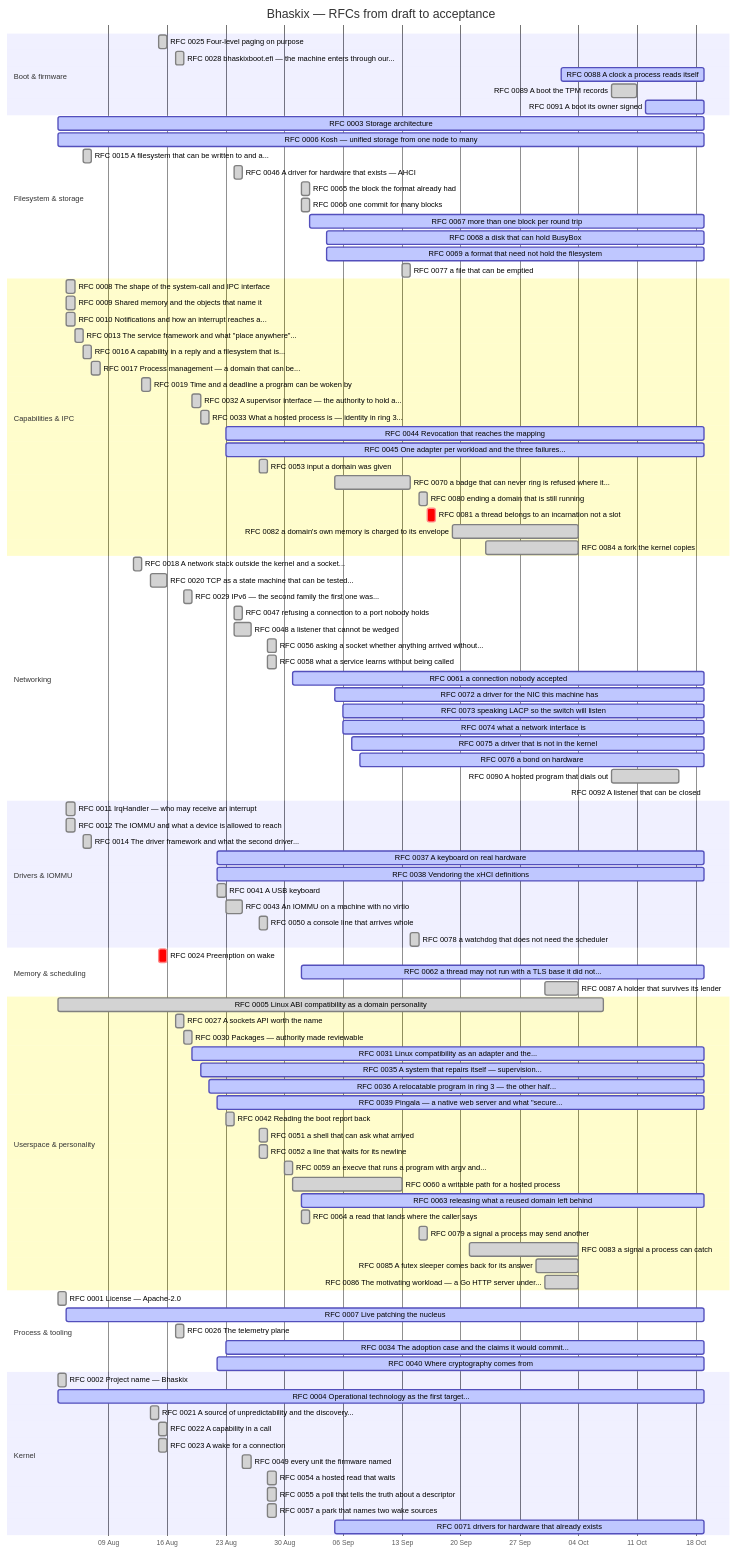
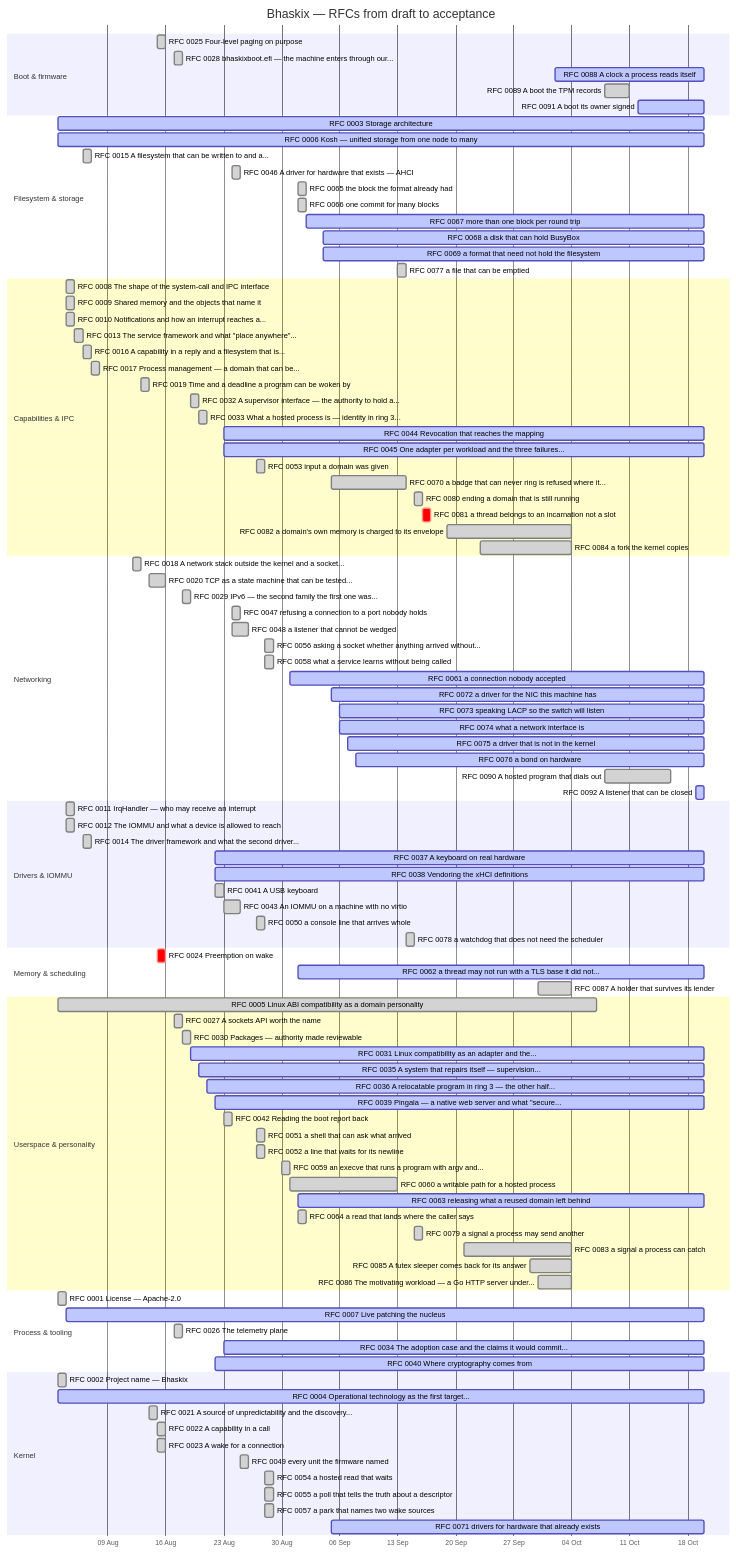
Before and after one commit to bhaskix/bhaskix: the diagram in docs/progress.md, drawn with Mermaid. The commit also changed other lines of this file and 2 other files, not shown here.

Commit message:
docs: the release workflow, rehearsed on GitHub
The tag v0.0.0-rehearsal on da71aee built a draft pre-release with
the ISO, the native loader, Go's licence and SHA256SUMS. Downloaded
into an empty directory, the sums checked, the ISO carried no BusyBox
and the Go server, the body's links all pointed at the tag, and the
downloaded ISO booted to the shell with nothing FAILED. The draft and
the tag were deleted the same hour; nothing was published.

````diff
--- a/docs/progress.md
+++ b/docs/progress.md
@@ -30,19 +30,19 @@
     section Boot & firmware
     RFC 0025 Four-level paging on purpose :done, r0025, 2026-08-15, 2026-08-16
     RFC 0028 bhaskixboot.efi — the machine enters through our... :done, r0028, 2026-08-17, 2026-08-18
-    RFC 0088 A clock a process reads itself :active, r0088, 2026-10-02, 2026-10-19
+    RFC 0088 A clock a process reads itself :active, r0088, 2026-10-02, 2026-10-20
     RFC 0089 A boot the TPM records :done, r0089, 2026-10-08, 2026-10-11
-    RFC 0091 A boot its owner signed :active, r0091, 2026-10-12, 2026-10-19
+    RFC 0091 A boot its owner signed :active, r0091, 2026-10-12, 2026-10-20
     section Filesystem & storage
-    RFC 0003 Storage architecture :active, r0003, 2026-08-03, 2026-10-19
-    RFC 0006 Kosh — unified storage from one node to many :active, r0006, 2026-08-03, 2026-10-19
+    RFC 0003 Storage architecture :active, r0003, 2026-08-03, 2026-10-20
+    RFC 0006 Kosh — unified storage from one node to many :active, r0006, 2026-08-03, 2026-10-20
     RFC 0015 A filesystem that can be written to and a... :done, r0015, 2026-08-06, 1d
     RFC 0046 A driver for hardware that exists — AHCI :done, r0046, 2026-08-24, 1d
     RFC 0065 the block the format already had :done, r0065, 2026-09-01, 1d
     RFC 0066 one commit for many blocks :done, r0066, 2026-09-01, 1d
-    RFC 0067 more than one block per round trip :active, r0067, 2026-09-02, 2026-10-19
-    RFC 0068 a disk that can hold BusyBox :active, r0068, 2026-09-04, 2026-10-19
-    RFC 0069 a format that need not hold the filesystem :active, r0069, 2026-09-04, 2026-10-19
+    RFC 0067 more than one block per round trip :active, r0067, 2026-09-02, 2026-10-20
+    RFC 0068 a disk that can hold BusyBox :active, r0068, 2026-09-04, 2026-10-20
+    RFC 0069 a format that need not hold the filesystem :active, r0069, 2026-09-04, 2026-10-20
     RFC 0077 a file that can be emptied :done, r0077, 2026-09-13, 1d
     section Capabilities & IPC
     RFC 0008 The shape of the system-call and IPC interface :done, r0008, 2026-08-04, 1d
@@ -54,8 +54,8 @@
     RFC 0019 Time and a deadline a program can be woken by :done, r0019, 2026-08-13, 2026-08-14
     RFC 0032 A supervisor interface — the authority to hold a... :done, r0032, 2026-08-19, 2026-08-20
     RFC 0033 What a hosted process is — identity in ring 3... :done, r0033, 2026-08-20, 1d
-    RFC 0044 Revocation that reaches the mapping :active, r0044, 2026-08-23, 2026-10-19
-    RFC 0045 One adapter per workload and the three failures... :active, r0045, 2026-08-23, 2026-10-19
+    RFC 0044 Revocation that reaches the mapping :active, r0044, 2026-08-23, 2026-10-20
+    RFC 0045 One adapter per workload and the three failures... :active, r0045, 2026-08-23, 2026-10-20
     RFC 0053 input a domain was given :done, r0053, 2026-08-27, 1d
     RFC 0070 a badge that can never ring is refused where it... :done, r0070, 2026-09-05, 2026-09-14
     RFC 0080 ending a domain that is still running :done, r0080, 2026-09-15, 1d
@@ -70,42 +70,42 @@
     RFC 0048 a listener that cannot be wedged :done, r0048, 2026-08-24, 2026-08-26
     RFC 0056 asking a socket whether anything arrived without... :done, r0056, 2026-08-28, 1d
     RFC 0058 what a service learns without being called :done, r0058, 2026-08-28, 1d
-    RFC 0061 a connection nobody accepted :active, r0061, 2026-08-31, 2026-10-19
-    RFC 0072 a driver for the NIC this machine has :active, r0072, 2026-09-05, 2026-10-19
-    RFC 0073 speaking LACP so the switch will listen :active, r0073, 2026-09-06, 2026-10-19
-    RFC 0074 what a network interface is :active, r0074, 2026-09-06, 2026-10-19
-    RFC 0075 a driver that is not in the kernel :active, r0075, 2026-09-07, 2026-10-19
-    RFC 0076 a bond on hardware :active, r0076, 2026-09-08, 2026-10-19
+    RFC 0061 a connection nobody accepted :active, r0061, 2026-08-31, 2026-10-20
+    RFC 0072 a driver for the NIC this machine has :active, r0072, 2026-09-05, 2026-10-20
+    RFC 0073 speaking LACP so the switch will listen :active, r0073, 2026-09-06, 2026-10-20
+    RFC 0074 what a network interface is :active, r0074, 2026-09-06, 2026-10-20
+    RFC 0075 a driver that is not in the kernel :active, r0075, 2026-09-07, 2026-10-20
+    RFC 0076 a bond on hardware :active, r0076, 2026-09-08, 2026-10-20
     RFC 0090 A hosted program that dials out :done, r0090, 2026-10-08, 2026-10-16
-    RFC 0092 A listener that can be closed :active, r0092, 2026-10-19, 2026-10-19
+    RFC 0092 A listener that can be closed :active, r0092, 2026-10-19, 2026-10-20
     section Drivers & IOMMU
     RFC 0011 IrqHandler — who may receive an interrupt :done, r0011, 2026-08-04, 1d
     RFC 0012 The IOMMU and what a device is allowed to reach :done, r0012, 2026-08-04, 1d
     RFC 0014 The driver framework and what the second driver... :done, r0014, 2026-08-06, 1d
-    RFC 0037 A keyboard on real hardware :active, r0037, 2026-08-22, 2026-10-19
-    RFC 0038 Vendoring the xHCI definitions :active, r0038, 2026-08-22, 2026-10-19
+    RFC 0037 A keyboard on real hardware :active, r0037, 2026-08-22, 2026-10-20
+    RFC 0038 Vendoring the xHCI definitions :active, r0038, 2026-08-22, 2026-10-20
     RFC 0041 A USB keyboard :done, r0041, 2026-08-22, 2026-08-23
     RFC 0043 An IOMMU on a machine with no virtio :done, r0043, 2026-08-23, 2026-08-25
     RFC 0050 a console line that arrives whole :done, r0050, 2026-08-27, 1d
     RFC 0078 a watchdog that does not need the scheduler :done, r0078, 2026-09-14, 2026-09-15
     section Memory & scheduling
     RFC 0024 Preemption on wake :crit, r0024, 2026-08-15, 1d
-    RFC 0062 a thread may not run with a TLS base it did not... :active, r0062, 2026-09-01, 2026-10-19
+    RFC 0062 a thread may not run with a TLS base it did not... :active, r0062, 2026-09-01, 2026-10-20
     RFC 0087 A holder that survives its lender :done, r0087, 2026-09-30, 2026-10-04
     section Userspace & personality
     RFC 0005 Linux ABI compatibility as a domain personality :done, r0005, 2026-08-03, 2026-10-07
     RFC 0027 A sockets API worth the name :done, r0027, 2026-08-17, 1d
     RFC 0030 Packages — authority made reviewable :done, r0030, 2026-08-18, 2026-08-19
-    RFC 0031 Linux compatibility as an adapter and the... :active, r0031, 2026-08-19, 2026-10-19
-    RFC 0035 A system that repairs itself — supervision... :active, r0035, 2026-08-20, 2026-10-19
-    RFC 0036 A relocatable program in ring 3 — the other half... :active, r0036, 2026-08-21, 2026-10-19
-    RFC 0039 Pingala — a native web server and what "secure... :active, r0039, 2026-08-22, 2026-10-19
+    RFC 0031 Linux compatibility as an adapter and the... :active, r0031, 2026-08-19, 2026-10-20
+    RFC 0035 A system that repairs itself — supervision... :active, r0035, 2026-08-20, 2026-10-20
+    RFC 0036 A relocatable program in ring 3 — the other half... :active, r0036, 2026-08-21, 2026-10-20
+    RFC 0039 Pingala — a native web server and what "secure... :active, r0039, 2026-08-22, 2026-10-20
     RFC 0042 Reading the boot report back :done, r0042, 2026-08-23, 1d
     RFC 0051 a shell that can ask what arrived :done, r0051, 2026-08-27, 1d
     RFC 0052 a line that waits for its newline :done, r0052, 2026-08-27, 1d
     RFC 0059 an execve that runs a program with argv and... :done, r0059, 2026-08-30, 1d
     RFC 0060 a writable path for a hosted process :done, r0060, 2026-08-31, 2026-09-13
-    RFC 0063 releasing what a reused domain left behind :active, r0063, 2026-09-01, 2026-10-19
+    RFC 0063 releasing what a reused domain left behind :active, r0063, 2026-09-01, 2026-10-20
     RFC 0064 a read that lands where the caller says :done, r0064, 2026-09-01, 1d
     RFC 0079 a signal a process may send another :done, r0079, 2026-09-15, 1d
     RFC 0083 a signal a process can catch :done, r0083, 2026-09-21, 2026-10-04
@@ -113,13 +113,13 @@
     RFC 0086 The motivating workload — a Go HTTP server under... :done, r0086, 2026-09-30, 2026-10-04
     section Process & tooling
     RFC 0001 License — Apache-2.0 :done, r0001, 2026-08-03, 1d
-    RFC 0007 Live patching the nucleus :active, r0007, 2026-08-04, 2026-10-19
+    RFC 0007 Live patching the nucleus :active, r0007, 2026-08-04, 2026-10-20
     RFC 0026 The telemetry plane :done, r0026, 2026-08-17, 1d
-    RFC 0034 The adoption case and the claims it would commit... :active, r0034, 2026-08-23, 2026-10-19
-    RFC 0040 Where cryptography comes from :active, r0040, 2026-08-22, 2026-10-19
+    RFC 0034 The adoption case and the claims it would commit... :active, r0034, 2026-08-23, 2026-10-20
+    RFC 0040 Where cryptography comes from :active, r0040, 2026-08-22, 2026-10-20
     section Kernel
     RFC 0002 Project name — Bhaskix :done, r0002, 2026-08-03, 1d
-    RFC 0004 Operational technology as the first target... :active, r0004, 2026-08-03, 2026-10-19
+    RFC 0004 Operational technology as the first target... :active, r0004, 2026-08-03, 2026-10-20
     RFC 0021 A source of unpredictability and the discovery... :done, r0021, 2026-08-14, 1d
     RFC 0022 A capability in a call :done, r0022, 2026-08-15, 2026-08-16
     RFC 0023 A wake for a connection :done, r0023, 2026-08-15, 2026-08-16
@@ -127,5 +127,5 @@
     RFC 0054 a hosted read that waits :done, r0054, 2026-08-28, 1d
     RFC 0055 a poll that tells the truth about a descriptor :done, r0055, 2026-08-28, 1d
     RFC 0057 a park that names two wake sources :done, r0057, 2026-08-28, 1d
-    RFC 0071 drivers for hardware that already exists :active, r0071, 2026-09-05, 2026-10-19
+    RFC 0071 drivers for hardware that already exists :active, r0071, 2026-09-05, 2026-10-20
 ```
````
